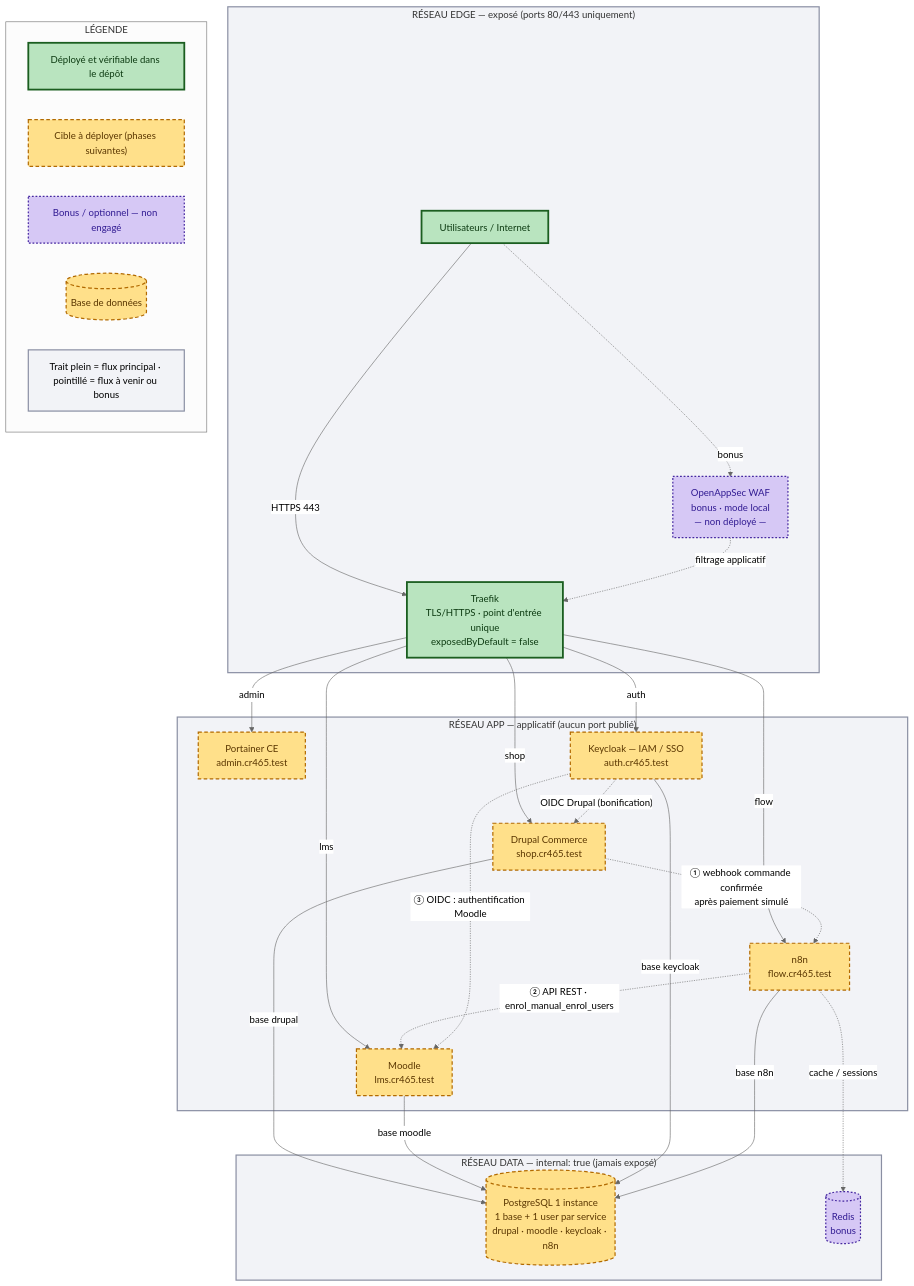
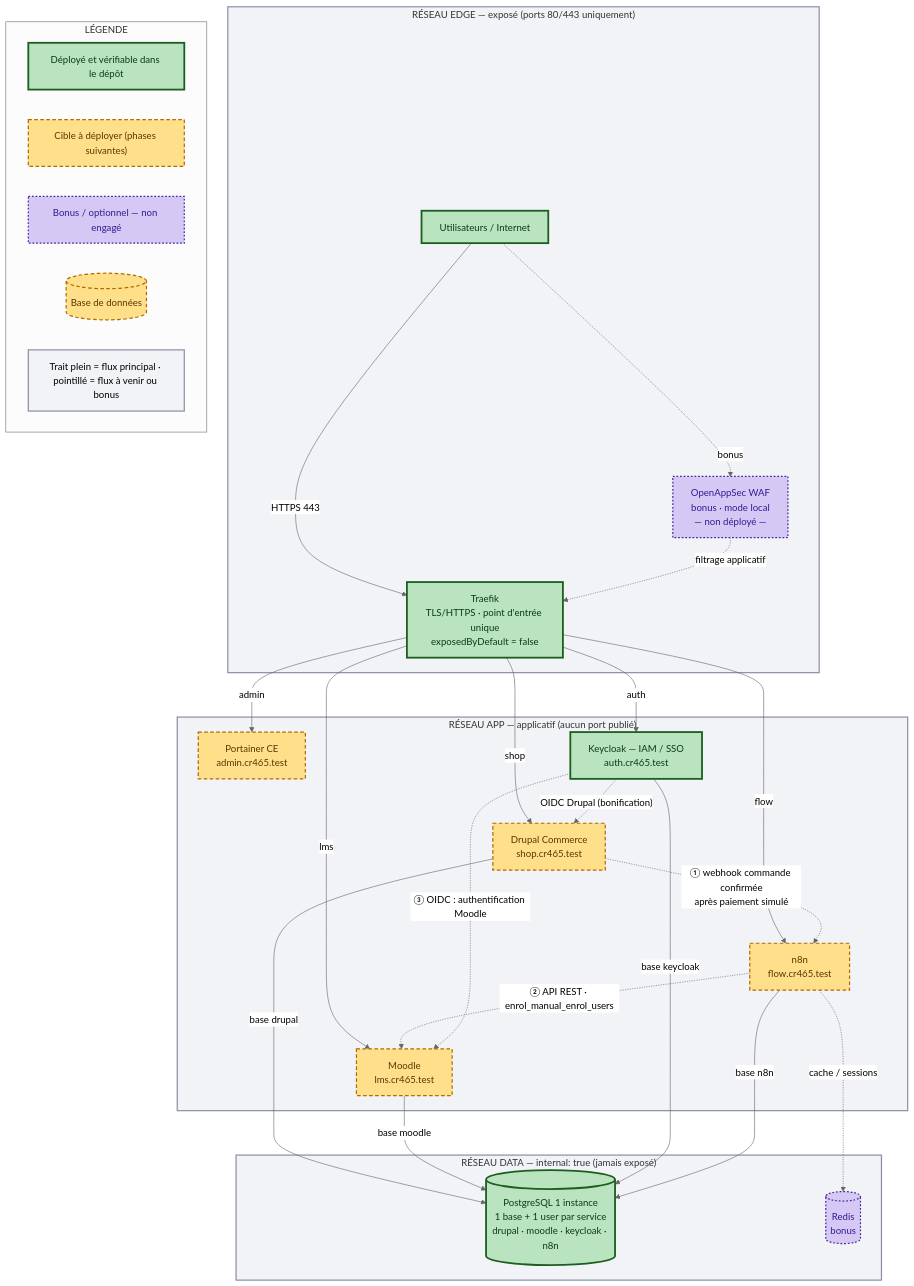
The diagram in docs/architecture/01-architecture-generale.md (20GHhub19/CR465-travail-de-session), drawn with Mermaid (neutral theme) before and after one commit. The commit also changed 7 other files, not shown here.

First line of the commit message:
docs: deploiement, journal des modifications et schemas a jour

````diff
--- a/docs/architecture/01-architecture-generale.md
+++ b/docs/architecture/01-architecture-generale.md
@@ -10,66 +10,66 @@
 ```mermaid
 flowchart TB
     subgraph EDGE["RÉSEAU EDGE — exposé (ports 80/443 uniquement)"]
         USERS["Utilisateurs / Internet"]
         WAF["OpenAppSec WAF<br/>bonus · mode local<br/>— non déployé —"]
         TRAEFIK["Traefik<br/>TLS/HTTPS · point d'entrée unique<br/>exposedByDefault = false"]
     end
 
     subgraph APP["RÉSEAU APP — applicatif (aucun port publié)"]
         PORTAINER["Portainer CE<br/>admin.cr465.test"]
         DRUPAL["Drupal Commerce<br/>shop.cr465.test"]
         N8N["n8n<br/>flow.cr465.test"]
         MOODLE["Moodle<br/>lms.cr465.test"]
         KEYCLOAK["Keycloak — IAM / SSO<br/>auth.cr465.test"]
     end
 
     subgraph DATA["RÉSEAU DATA — internal: true (jamais exposé)"]
         PG[("PostgreSQL 1 instance<br/>1 base + 1 user par service<br/>drupal · moodle · keycloak · n8n")]
         REDIS[("Redis<br/>bonus")]
     end
 
     USERS -->|"HTTPS 443"| TRAEFIK
     USERS -.->|"bonus"| WAF
     WAF -.->|"filtrage applicatif"| TRAEFIK
 
     TRAEFIK -->|"admin"| PORTAINER
     TRAEFIK -->|"shop"| DRUPAL
     TRAEFIK -->|"lms"| MOODLE
     TRAEFIK -->|"auth"| KEYCLOAK
     TRAEFIK -->|"flow"| N8N
 
     DRUPAL -->|"base drupal"| PG
     MOODLE -->|"base moodle"| PG
     KEYCLOAK -->|"base keycloak"| PG
     N8N -->|"base n8n"| PG
     N8N -.->|"cache / sessions"| REDIS
 
     DRUPAL -.->|"① webhook commande confirmée<br/>après paiement simulé"| N8N
     N8N -.->|"② API REST · enrol_manual_enrol_users"| MOODLE
     KEYCLOAK -.->|"③ OIDC : authentification Moodle"| MOODLE
     KEYCLOAK -.->|"OIDC Drupal (bonification)"| DRUPAL
 
     subgraph LEG["LÉGENDE"]
         L1["Déployé et vérifiable dans le dépôt"]
         L2["Cible à déployer (phases suivantes)"]
         L3["Bonus / optionnel — non engagé"]
         L4[("Base de données")]
         L5["Trait plein = flux principal · pointillé = flux à venir ou bonus"]
     end
     class L1 deployed
     class L2 toBuild
     class L3 bonus
     class L4 toBuild
     class L5 zone
 
     classDef deployed fill:#b9e4bf,stroke:#1b5e20,stroke-width:3px,color:#0d3b12
     classDef toBuild fill:#ffe08a,stroke:#b26a00,stroke-width:2px,stroke-dasharray:6 4,color:#5a3600
     classDef bonus fill:#d6c8f5,stroke:#4527a0,stroke-width:2px,stroke-dasharray:3 3,color:#311b92
     classDef zone fill:#f2f3f7,stroke:#8a8fa3,stroke-width:2px
 
-    class USERS,TRAEFIK deployed
-    class PORTAINER,DRUPAL,N8N,MOODLE,KEYCLOAK,PG toBuild
+    class USERS,TRAEFIK,PG,KEYCLOAK deployed
+    class PORTAINER,DRUPAL,N8N,MOODLE toBuild
     class WAF,REDIS bonus
 
     class EDGE,APP,DATA zone
 ```
````
